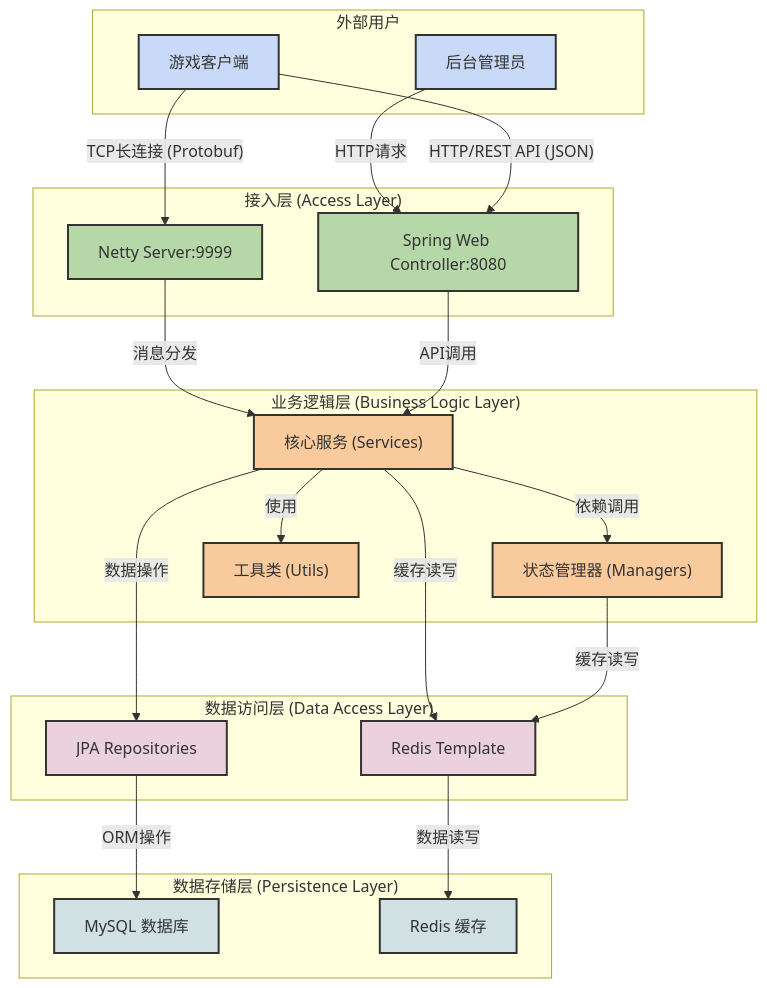
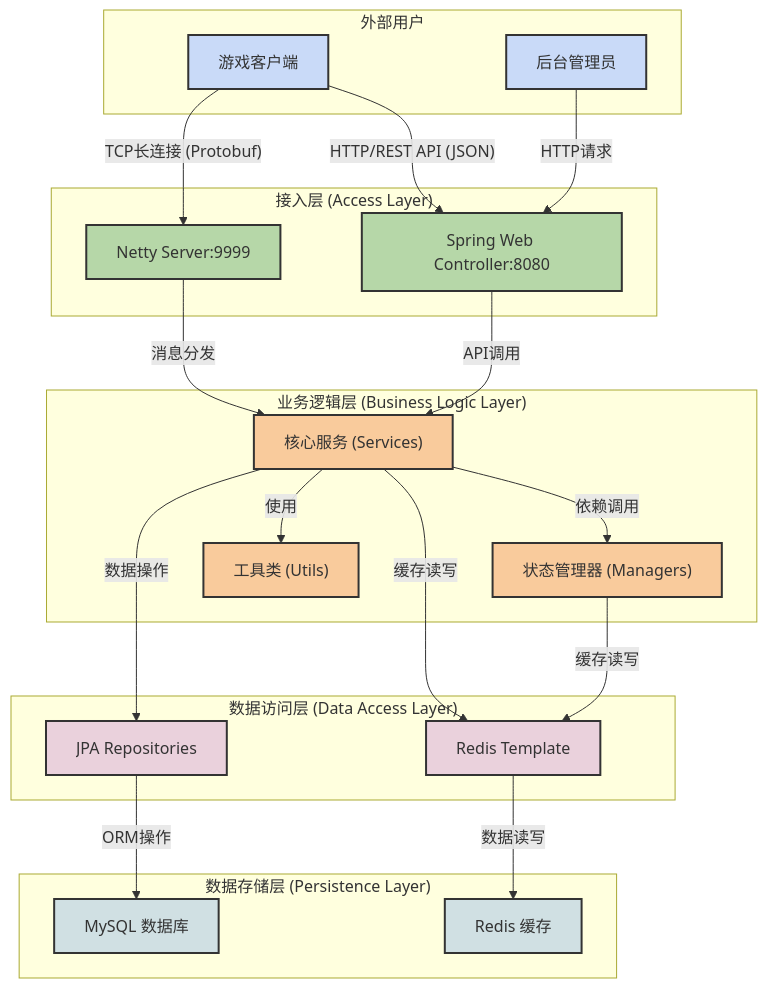
The first of 3 diagrams in README.md (Otaku1603/TurnBasedGame_Server), drawn with Mermaid before and after one commit. The commit also changed other lines of this file, not shown here.

````diff
--- a/README.md
+++ b/README.md
@@ -44,59 +44,59 @@
 ```mermaid
 graph TB
     subgraph "外部用户"
         A[游戏客户端]
         B[后台管理员]
     end
 
     subgraph "接入层 (Access Layer)"
         C[Netty Server:9999]
         D[Spring Web Controller:8080]
     end
 
     subgraph "业务逻辑层 (Business Logic Layer)"
         E["核心服务 (Services)"]
         F["状态管理器 (Managers)"]
         G["工具类 (Utils)"]
     end
 
     subgraph "数据访问层 (Data Access Layer)"
         H[JPA Repositories]
         I[Redis Template]
     end
 
     subgraph "数据存储层 (Persistence Layer)"
         J[MySQL 数据库]
         K[Redis 缓存]
     end
 
     %% 连接关系
     A -- "TCP长连接 (Protobuf)" --> C
+    A -- "HTTP/REST API (JSON)" --> D
     B -- "HTTP请求" --> D
-    A -- "HTTP/REST API (JSON)" --> D
 
     C -- "消息分发" --> E
     D -- "API调用" --> E
 
     E -- "依赖调用" --> F
     E -- "使用" --> G
     E -- "数据操作" --> H
     E -- "缓存读写" --> I
 
     F -- "缓存读写" --> I
 
     H -- "ORM操作" --> J
     I -- "数据读写" --> K
 
     %% 样式定义
     classDef client fill:#c9daf8,stroke:#333,stroke-width:2px;
     classDef access fill:#b6d7a8,stroke:#333,stroke-width:2px;
     classDef business fill:#f9cb9c,stroke:#333,stroke-width:2px;
     classDef data fill:#ead1dc,stroke:#333,stroke-width:2px;
     classDef db fill:#d0e0e3,stroke:#333,stroke-width:2px;
 
     class A,B client;
     class C,D access;
     class E,F,G business;
     class H,I data;
     class J,K db;
 ```
````
